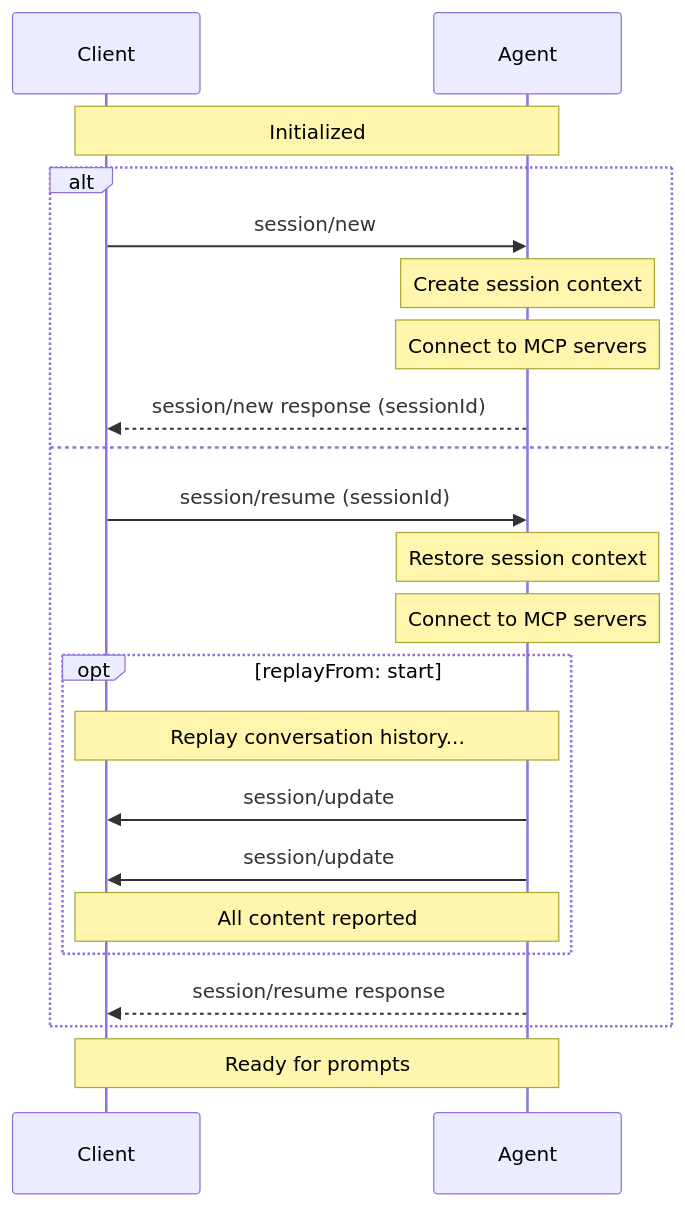
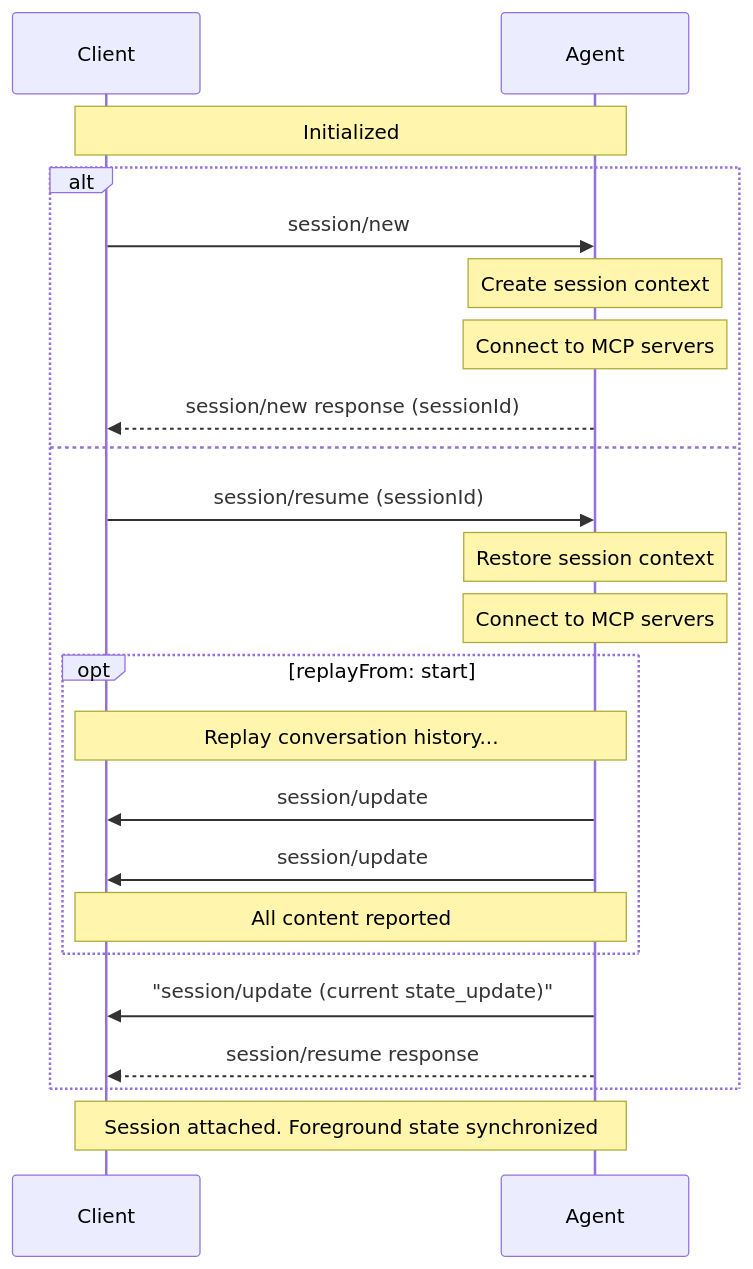
Before and after one commit to dayanruben/agent-client-protocol: the diagram in docs/protocol/v2/draft/session-setup.mdx, drawn with Mermaid. The commit also changed other lines of this file and 20 other files, not shown here.

````diff
--- a/docs/protocol/v2/draft/session-setup.mdx
+++ b/docs/protocol/v2/draft/session-setup.mdx
@@ -14,27 +14,28 @@
 ```mermaid
 sequenceDiagram
     participant Client
     participant Agent
 
     Note over Agent,Client: Initialized
 
     alt
         Client->>Agent: session/new
         Note over Agent: Create session context
         Note over Agent: Connect to MCP servers
         Agent-->>Client: session/new response (sessionId)
     else
         Client->>Agent: session/resume (sessionId)
         Note over Agent: Restore session context
         Note over Agent: Connect to MCP servers
         opt replayFrom: start
             Note over Agent,Client: Replay conversation history...
             Agent->>Client: session/update
             Agent->>Client: session/update
             Note over Agent,Client: All content reported
         end
+        Agent->>Client: "session/update (current state_update)"
         Agent-->>Client: session/resume response
     end
 
-    Note over Client,Agent: Ready for prompts
+    Note over Client,Agent: Session attached. Foreground state synchronized
 ```
````
